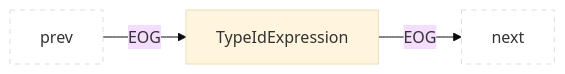
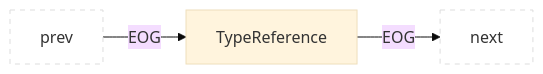
One commit to Fraunhofer-AISEC/cpg changed diagram 48 of 49 in docs/docs/CPG/specs/eog.md. Above: the diagram before and after it, drawn with Mermaid (base theme). The commit also changed other lines of this file and 222 other files, not shown here.

````diff
--- a/docs/docs/CPG/specs/eog.md
+++ b/docs/docs/CPG/specs/eog.md
@@ -934,6 +934,6 @@
 ```mermaid
 flowchart LR
   classDef outer fill:#fff,stroke:#ddd,stroke-dasharray:5 5;
-  prev:::outer --EOG--> parent["TypeIdExpression"]
+  prev:::outer --EOG--> parent["TypeReference"]
   parent --EOG--> next:::outer
 ```
````
